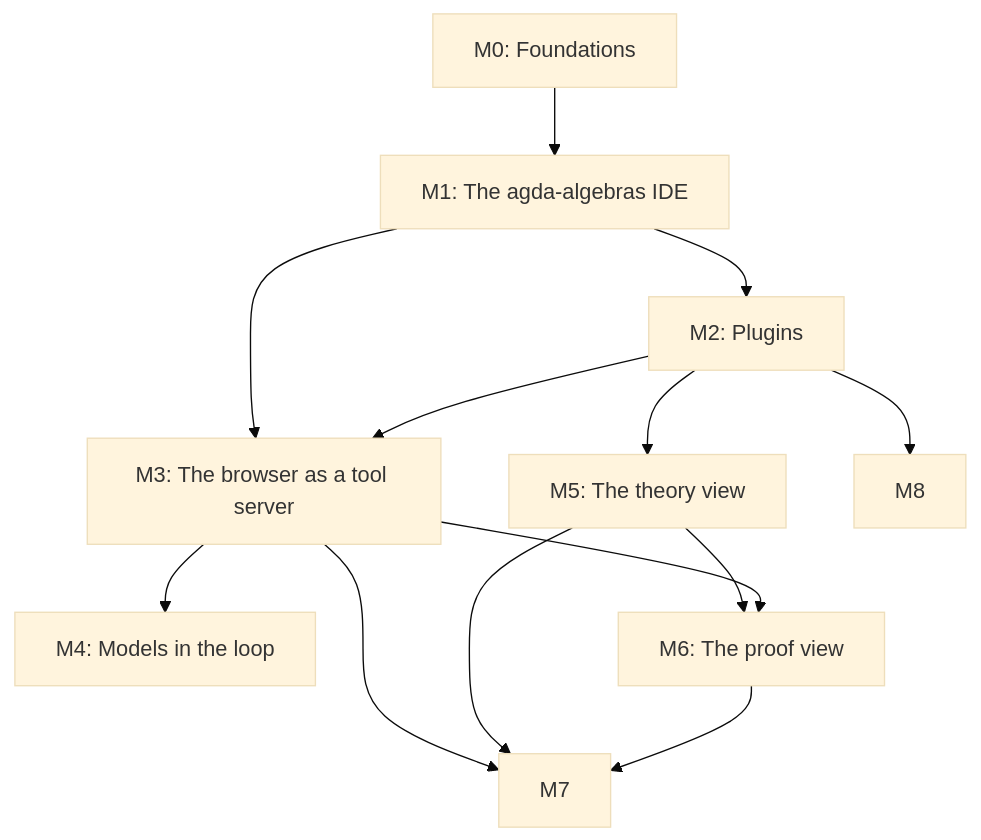
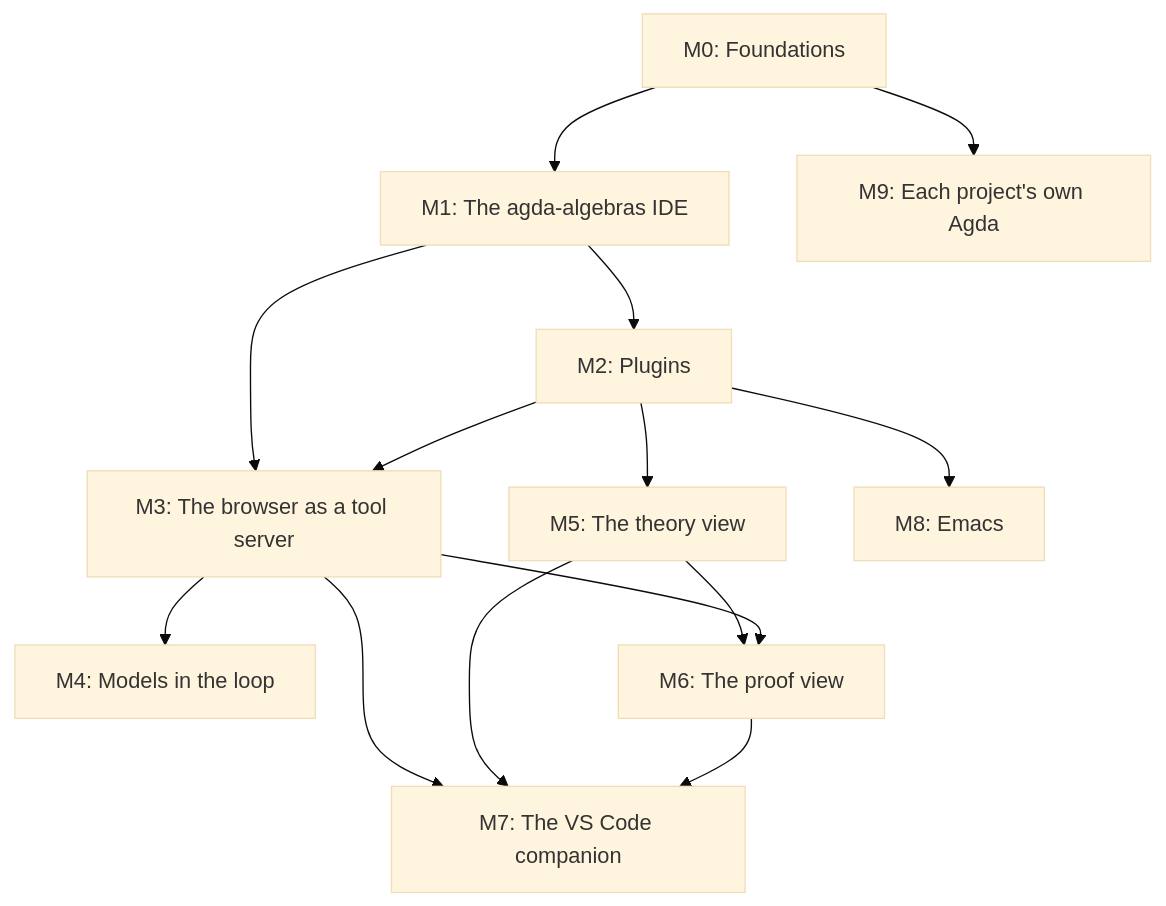
The diagram in docs/GITHUB_PROJECT.md (formalverification/agda-native-ide), drawn with Mermaid (base theme) before and after one commit. The commit also changed other lines of this file, not shown here.

First line of the commit message:
Plan Milestone 9, each project's own Agda, and the project's website

````diff
--- a/docs/GITHUB_PROJECT.md
+++ b/docs/GITHUB_PROJECT.md
@@ -369,22 +407,26 @@
 ```mermaid
 graph TD
   M0["M0: Foundations"]
   M1["M1: The agda-algebras IDE"]
   M2["M2: Plugins"]
   M3["M3: The browser as a tool server"]
   M4["M4: Models in the loop"]
   M5["M5: The theory view"]
   M6["M6: The proof view"]
+  M7["M7: The VS Code companion"]
+  M8["M8: Emacs"]
+  M9["M9: Each project's own Agda"]
   M0 --> M1
   M1 --> M2
   M1 --> M3
   M2 --> M3
   M3 --> M4
   M2 --> M5
   M5 --> M6
   M3 --> M6
   M3 --> M7
   M5 --> M7
   M6 --> M7
   M2 --> M8
+  M0 --> M9
 ```
````
